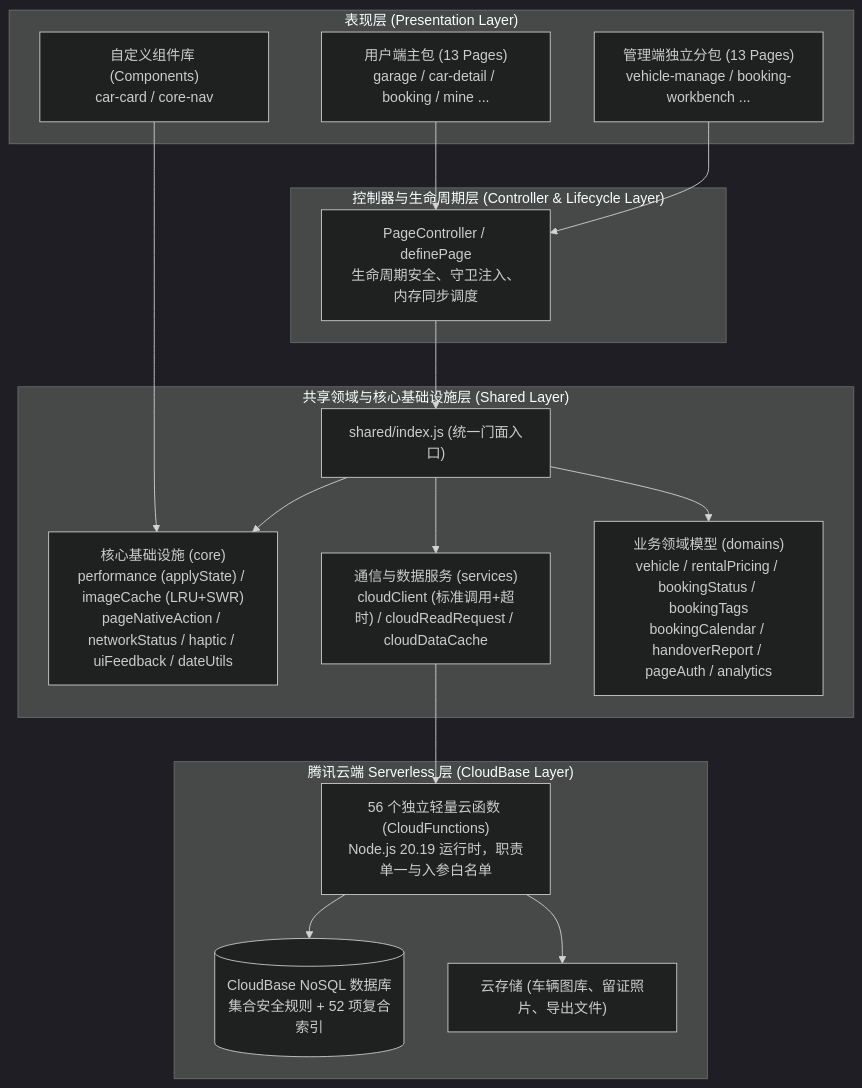
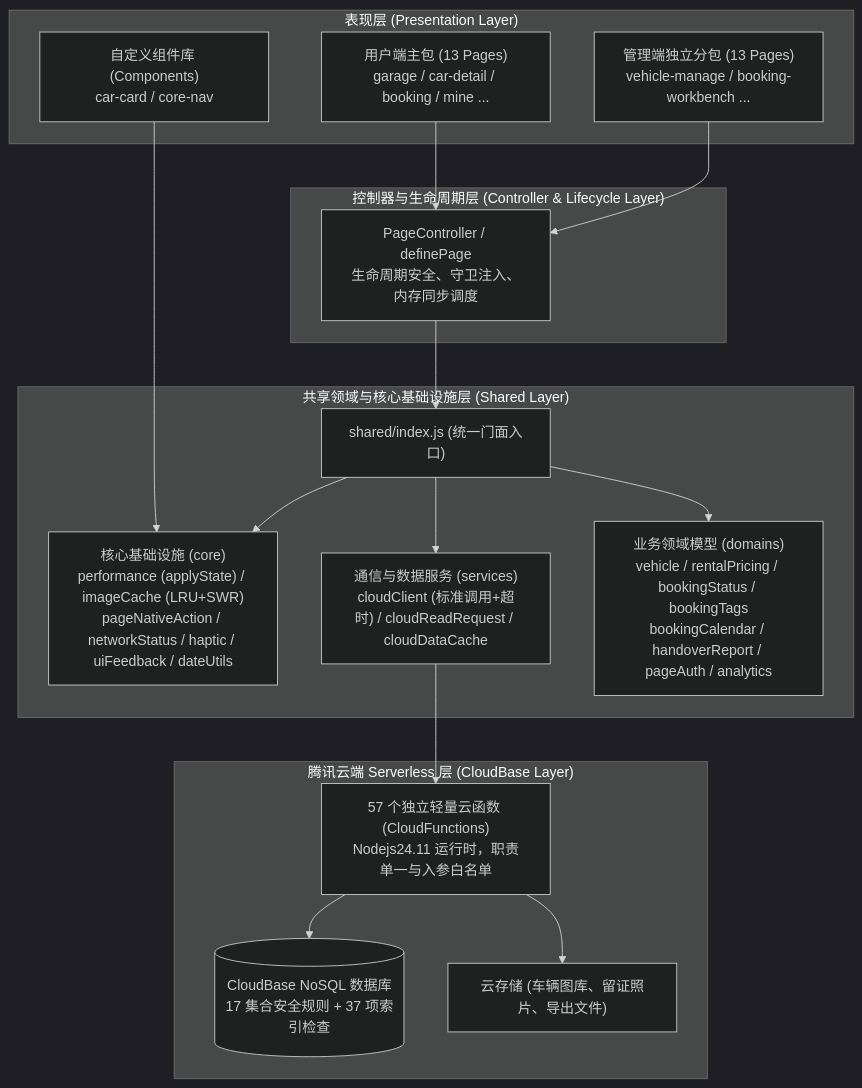
One commit to Pitohuie-AIversion/2826carplay changed the diagram in ARCHITECTURE.md. Above: the diagram before and after it, drawn with Mermaid (dark theme). The commit also changed other lines of this file and 5 other files, not shown here.

````diff
--- a/ARCHITECTURE.md
+++ b/ARCHITECTURE.md
@@ -10,41 +10,41 @@
 ```mermaid
 graph TD
     subgraph Presentation["表现层 (Presentation Layer)"]
         ConsumerPages["用户端主包 (13 Pages)<br/>garage / car-detail / booking / mine ..."]
         AdminSubpackage["管理端独立分包 (13 Pages)<br/>vehicle-manage / booking-workbench ..."]
         CustomComponents["自定义组件库 (Components)<br/>car-card / core-nav"]
     end
 
     subgraph ControllerLayer["控制器与生命周期层 (Controller & Lifecycle Layer)"]
         PageController["PageController / definePage<br/>生命周期安全、守卫注入、内存同步调度"]
     end
 
     subgraph DomainAndCoreLayer["共享领域与核心基础设施层 (Shared Layer)"]
         SharedFacade["shared/index.js (统一门面入口)"]
         
         CoreInfra["核心基础设施 (core)<br/>performance (applyState) / imageCache (LRU+SWR)<br/>pageNativeAction / networkStatus / haptic / uiFeedback / dateUtils"]
         
         CloudServices["通信与数据服务 (services)<br/>cloudClient (标准调用+超时) / cloudReadRequest / cloudDataCache"]
         
         BusinessDomains["业务领域模型 (domains)<br/>vehicle / rentalPricing / bookingStatus / bookingTags<br/>bookingCalendar / handoverReport / pageAuth / analytics"]
     end
 
     subgraph CloudBase["腾讯云端 Serverless 层 (CloudBase Layer)"]
-        CloudFunctions["56 个独立轻量云函数 (CloudFunctions)<br/>Node.js 20.19 运行时，职责单一与入参白名单"]
-        CloudDB[("CloudBase NoSQL 数据库<br/>集合安全规则 + 52 项复合索引")]
+        CloudFunctions["57 个独立轻量云函数 (CloudFunctions)<br/>Nodejs24.11 运行时，职责单一与入参白名单"]
+        CloudDB[("CloudBase NoSQL 数据库<br/>17 集合安全规则 + 37 项索引检查")]
         CloudStorage["云存储 (车辆图库、留证照片、导出文件)"]
     end
 
     ConsumerPages --> PageController
     AdminSubpackage --> PageController
     CustomComponents --> CoreInfra
 
     PageController --> SharedFacade
     SharedFacade --> CoreInfra
     SharedFacade --> CloudServices
     SharedFacade --> BusinessDomains
 
     CloudServices --> CloudFunctions
     CloudFunctions --> CloudDB
     CloudFunctions --> CloudStorage
 ```
````
